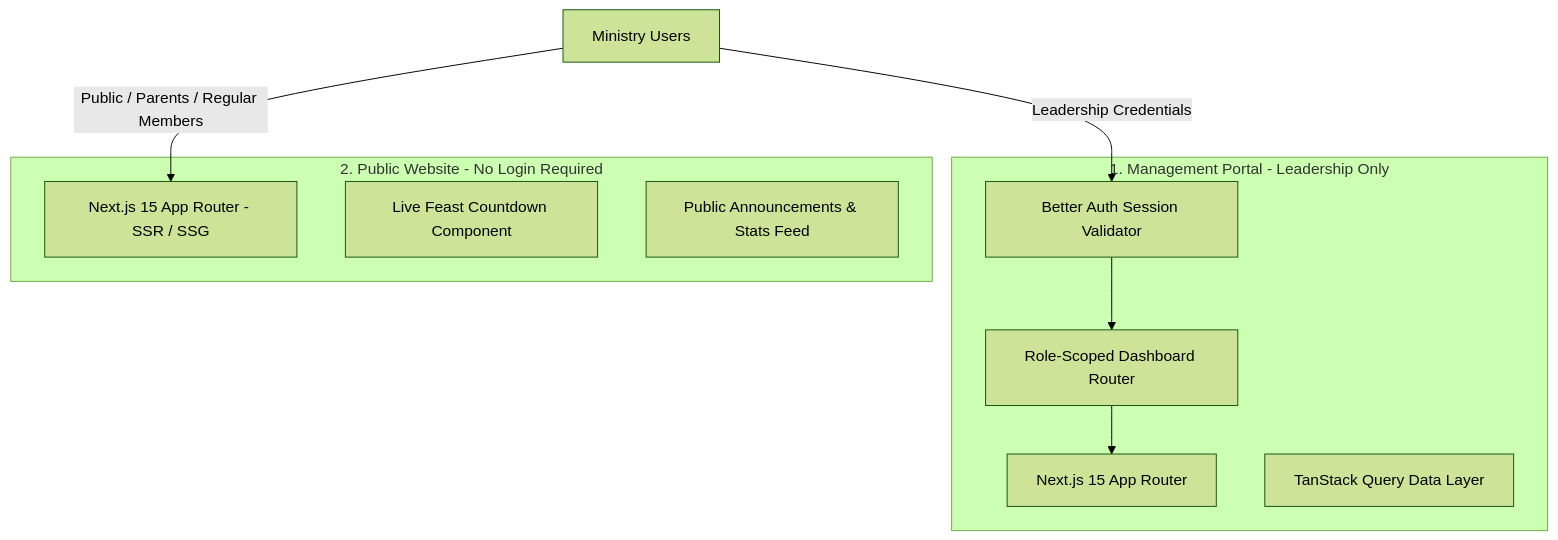
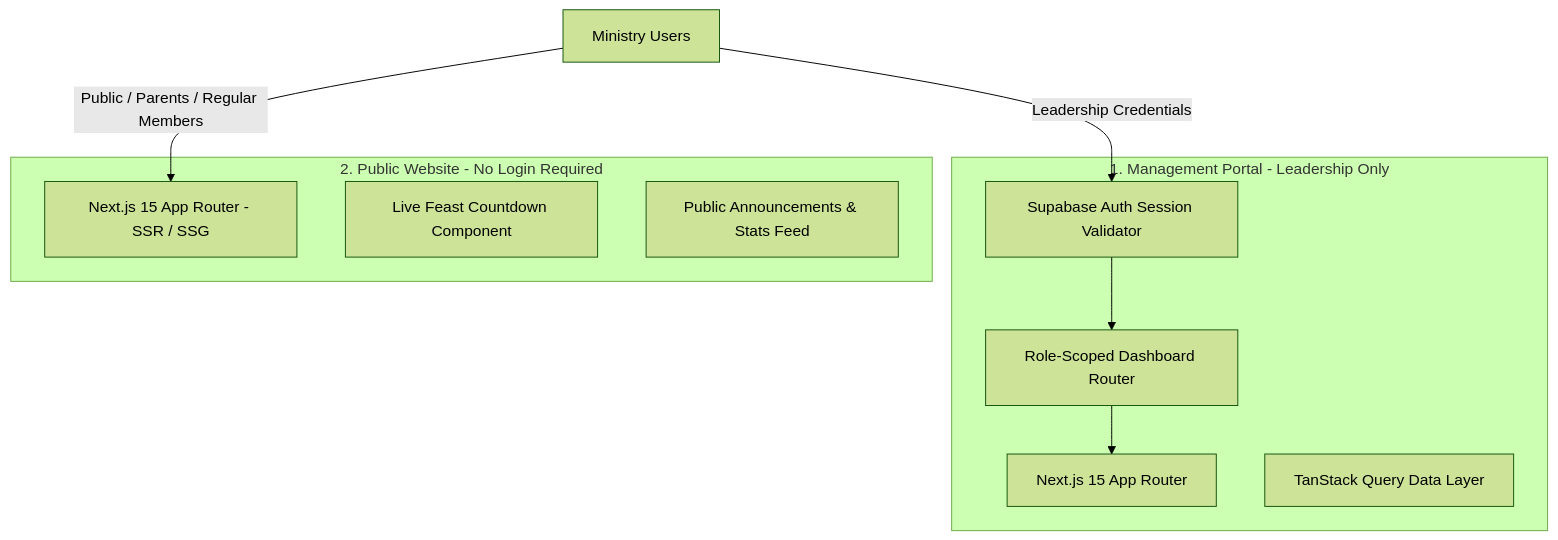
Before and after one commit to Hitsanat-Kfl/hitsanat: the diagram in docs/frontend/architecture.md, drawn with Mermaid (forest theme). The commit also changed 59 other files, not shown here.

````diff
--- a/docs/frontend/architecture.md
+++ b/docs/frontend/architecture.md
@@ -15,20 +15,20 @@
 ```mermaid
 graph TD
     User[Ministry Users]
     
     subgraph apps/admin [1. Management Portal - Leadership Only]
         AdminApp[Next.js 15 App Router]
-        AuthGate[Better Auth Session Validator]
+        AuthGate[Supabase Auth Session Validator]
         RoleRouter[Role-Scoped Dashboard Router]
         TanStackAdmin[TanStack Query Data Layer]
     end
 
     subgraph apps/portfolio [2. Public Website - No Login Required]
         PublicApp[Next.js 15 App Router - SSR / SSG]
         CountdownEngine[Live Feast Countdown Component]
         PublicFeed[Public Announcements & Stats Feed]
     end
 
     User -->|Leadership Credentials| AuthGate --> RoleRouter --> AdminApp
     User -->|Public / Parents / Regular Members| PublicApp
 ```
````
